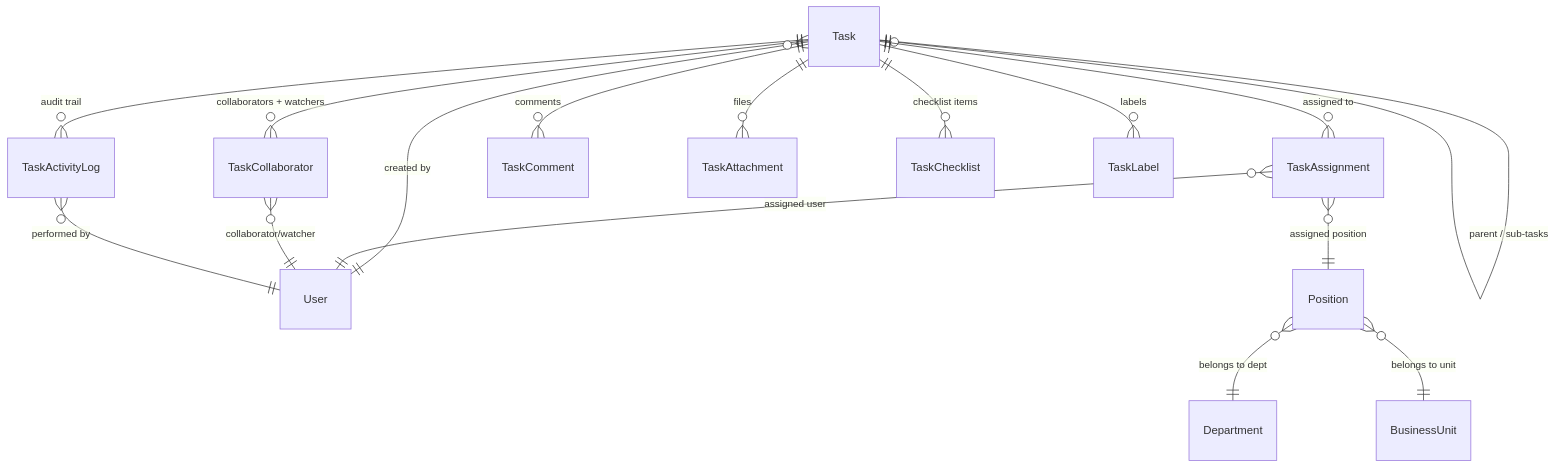
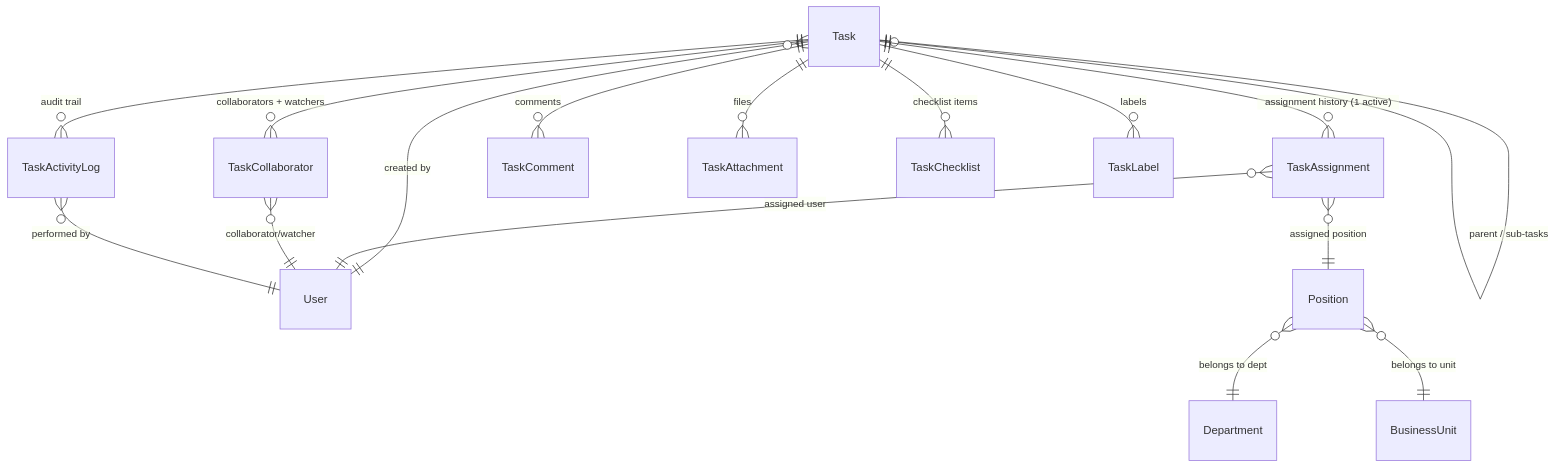
Before and after one commit to techpebble/boblte-doc: the first of 3 diagrams in 12-task-schema-redesign.md, drawn with Mermaid. The commit also changed other lines of this file and 1 other file, not shown here.

Commit message:
docs: add HRM schema design and update task schema redesign

````diff
--- a/12-task-schema-redesign.md
+++ b/12-task-schema-redesign.md
@@ -30,18 +30,18 @@
 ```mermaid
 erDiagram
     Task ||--o| Task : "parent / sub-tasks"
-    Task ||--o{ TaskAssignment : "assigned to"
+    Task ||--o{ TaskAssignment : "assignment history (1 active)"
     Task ||--o{ TaskCollaborator : "collaborators + watchers"
     Task ||--o{ TaskActivityLog : "audit trail"
     Task ||--o{ TaskComment : "comments"
     Task ||--o{ TaskAttachment : "files"
     Task ||--o{ TaskChecklist : "checklist items"
     Task ||--o{ TaskLabel : "labels"
     Task }o--|| User : "created by"
     TaskAssignment }o--|| User : "assigned user"
     TaskAssignment }o--|| Position : "assigned position"
     Position }o--|| Department : "belongs to dept"
     Position }o--|| BusinessUnit : "belongs to unit"
     TaskCollaborator }o--|| User : "collaborator/watcher"
     TaskActivityLog }o--|| User : "performed by"
 ```
````
